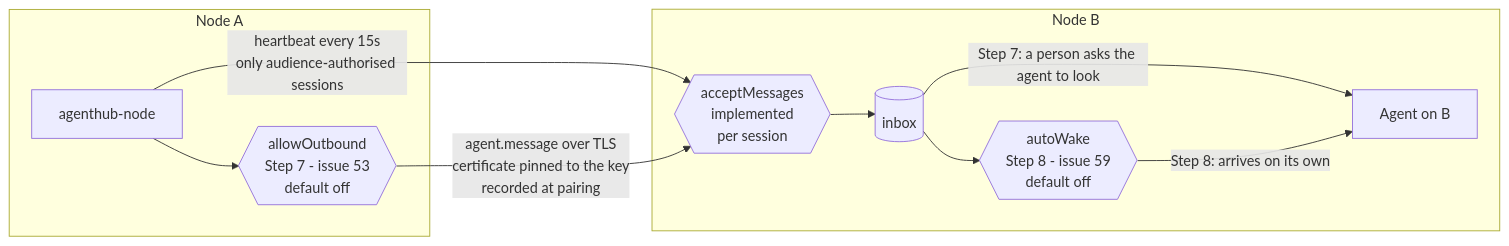
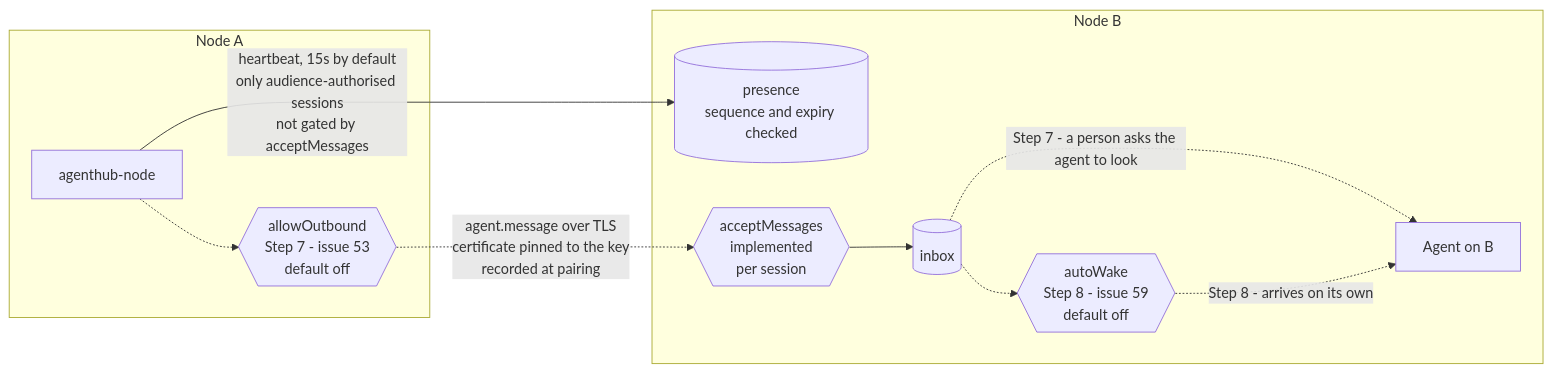
Before and after one commit to SheldonChangL/agenthub: the second of 2 diagrams in docs/architecture.md, drawn with Mermaid. The commit also changed other lines of this file and 5 other files, not shown here.

````diff
--- a/docs/architecture.md
+++ b/docs/architecture.md
@@ -53,22 +58,23 @@
 ```mermaid
 flowchart LR
     subgraph A["Node A"]
         NodeA[agenthub-node]
         OutA{{"allowOutbound<br/>Step 7 - issue 53<br/>default off"}}
     end
 
     subgraph B["Node B"]
+        PresB[("presence<br/>sequence and expiry checked")]
         InB{{"acceptMessages<br/>implemented<br/>per session"}}
         InboxB[("inbox")]
         WakeB{{"autoWake<br/>Step 8 - issue 59<br/>default off"}}
         AgentB[Agent on B]
     end
 
-    NodeA -- "heartbeat every 15s<br/>only audience-authorised sessions" --> InB
-    NodeA --> OutA
-    OutA -- "agent.message over TLS<br/>certificate pinned to the key<br/>recorded at pairing" --> InB
+    NodeA -- "heartbeat, 15s by default<br/>only audience-authorised sessions<br/>not gated by acceptMessages" --> PresB
+    NodeA -.-> OutA
+    OutA -. "agent.message over TLS<br/>certificate pinned to the key<br/>recorded at pairing" .-> InB
     InB --> InboxB
-    InboxB -- "Step 7: a person asks the agent to look" --> AgentB
-    InboxB --> WakeB
-    WakeB -- "Step 8: arrives on its own" --> AgentB
+    InboxB -. "Step 7 - a person asks the agent to look" .-> AgentB
+    InboxB -.-> WakeB
+    WakeB -. "Step 8 - arrives on its own" .-> AgentB
 ```
````
